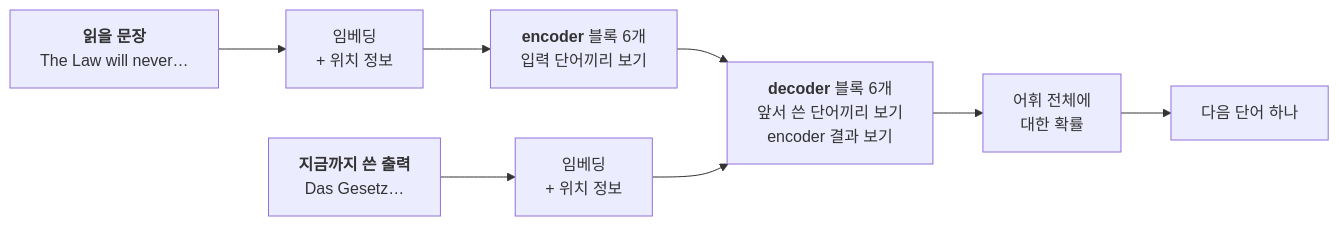
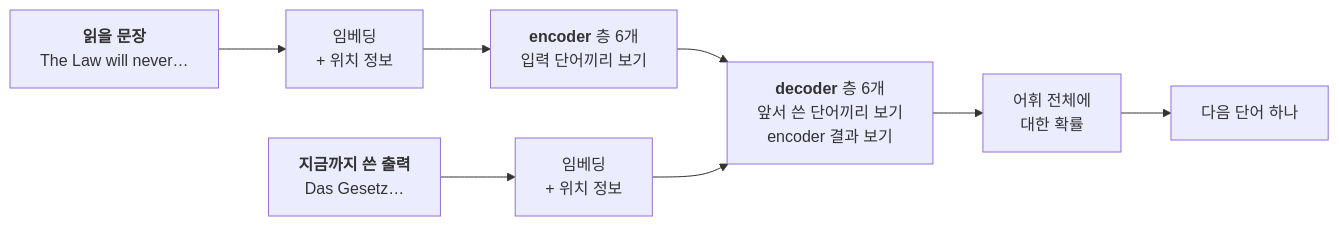
The first of 4 diagrams in paper-reviews/1706.03762-attention-is-all-you-need.qmd (qoal1201/qoal1201.github.io), drawn with Mermaid before and after one commit. The commit also changed other lines of this file and 2 other files, not shown here.

````diff
--- a/paper-reviews/1706.03762-attention-is-all-you-need.qmd
+++ b/paper-reviews/1706.03762-attention-is-all-you-need.qmd
@@ -64,9 +59,9 @@
 ```{mermaid}
 flowchart LR
     IN["<b>읽을 문장</b><br/>The Law will never…"] --> EMB["임베딩<br/>+ 위치 정보"]
-    EMB --> ENC["<b>encoder</b> 블록 6개<br/>입력 단어끼리 보기"]
-    ENC --> DEC["<b>decoder</b> 블록 6개<br/>앞서 쓴 단어끼리 보기<br/>encoder 결과 보기"]
+    EMB --> ENC["<b>encoder</b> 층 6개<br/>입력 단어끼리 보기"]
+    ENC --> DEC["<b>decoder</b> 층 6개<br/>앞서 쓴 단어끼리 보기<br/>encoder 결과 보기"]
     OUT["<b>지금까지 쓴 출력</b><br/>Das Gesetz…"] --> OEMB["임베딩<br/>+ 위치 정보"]
     OEMB --> DEC
     DEC --> HEAD["어휘 전체에<br/>대한 확률"] --> WORD["다음 단어 하나"]
 ```
````
